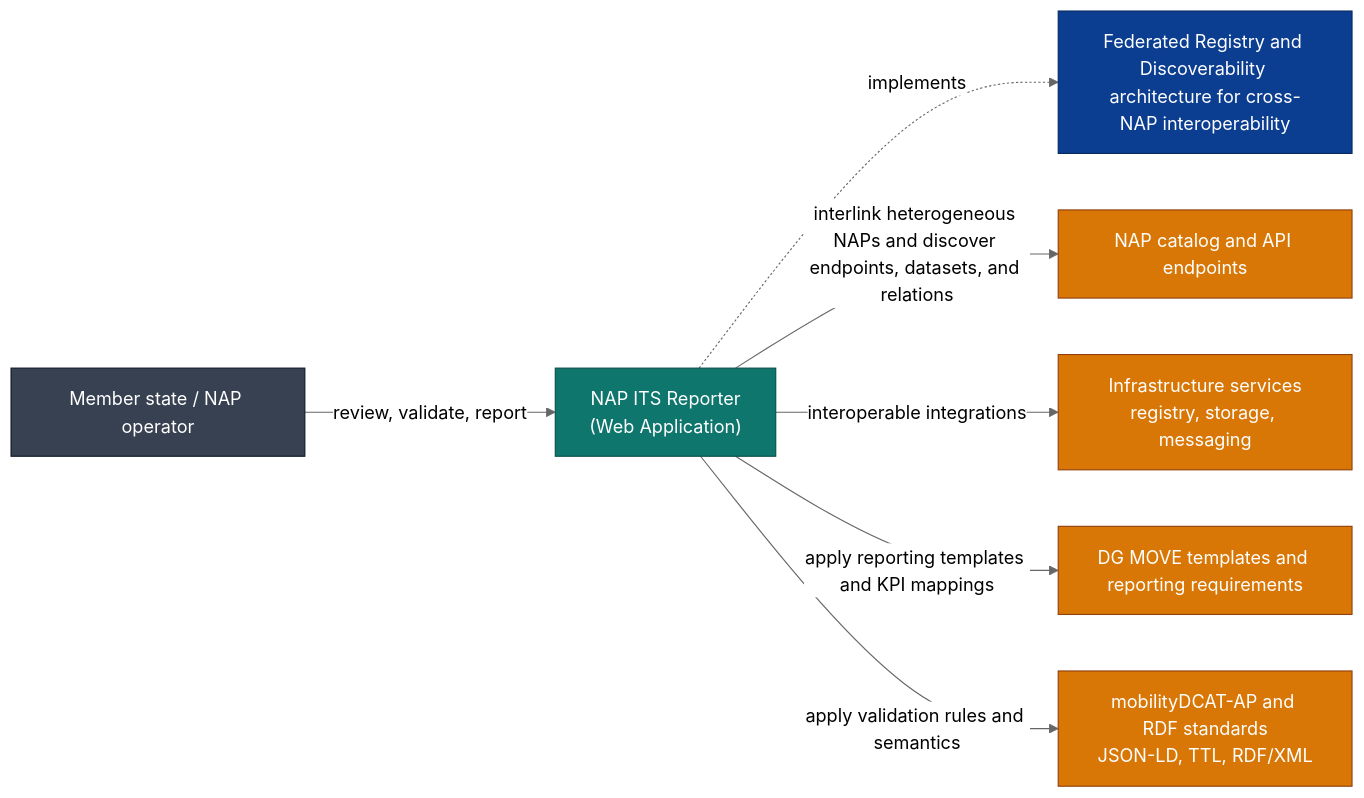
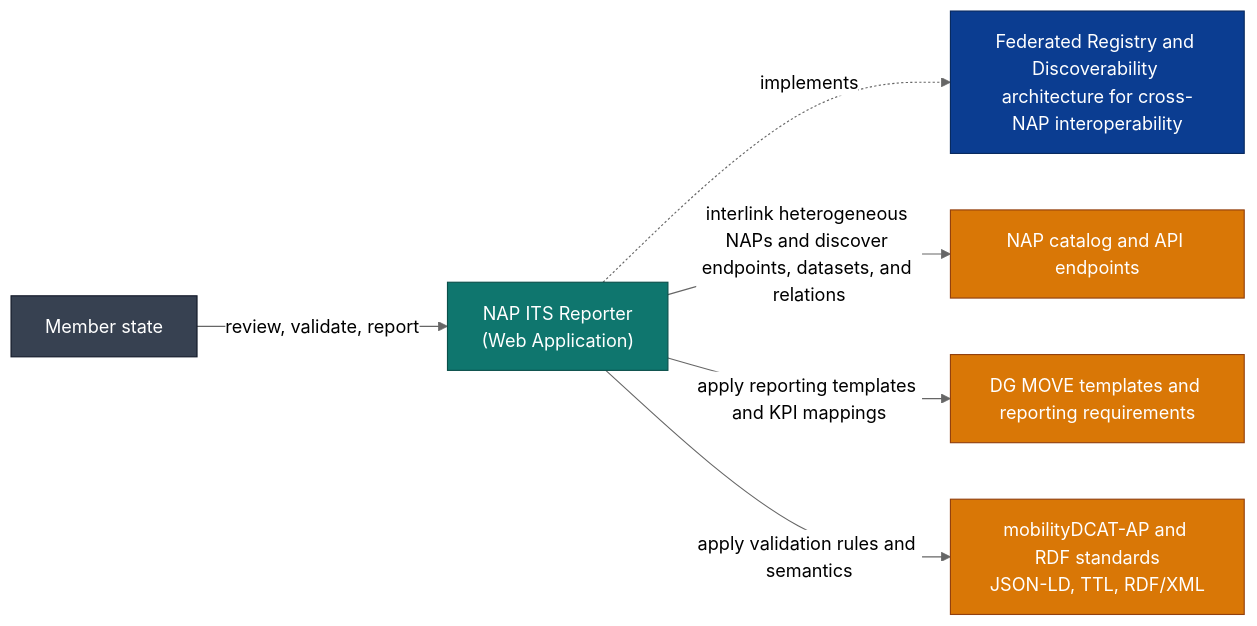
One commit to UM-KGPI/Napcore-ITS-Reporting changed the first of 6 diagrams in docs/architecture/c4-design.md. Above: the diagram before and after it, drawn with Mermaid (neutral theme). The commit also changed other lines of this file and 13 other files, not shown here.

Commit message:
docs: refine container diagrams and add DOT layouts (#1)

````diff
--- a/docs/architecture/c4-design.md
+++ b/docs/architecture/c4-design.md
@@ -17,24 +17,22 @@
 ```mermaid
 flowchart LR
     classDef system fill:#0b3d91,stroke:#08295f,color:#fff
     classDef app fill:#0f766e,stroke:#0a4f4a,color:#fff
     classDef ext fill:#d97706,stroke:#92400e,color:#fff
     classDef user fill:#374151,stroke:#111827,color:#fff
 
-    U[Member state / NAP operator]:::user
+    U[Member state]:::user
 
     APP["NAP ITS Reporter\n(Web Application)"]:::app
     PATTERN["Federated Registry and Discoverability architecture for cross-NAP interoperability"]:::system
 
     NAP[NAP catalog and API endpoints]:::ext
-    INFRA[Infrastructure services\nregistry, storage, messaging]:::ext
     DGMOVE[DG MOVE templates and reporting requirements]:::ext
     STD[mobilityDCAT-AP and RDF standards\nJSON-LD, TTL, RDF/XML]:::ext
 
     U -->|review, validate, report| APP
     APP -.implements.-> PATTERN
     APP -->|interlink heterogeneous NAPs and discover endpoints, datasets, and relations| NAP
-    APP -->|interoperable integrations| INFRA
     APP -->|apply reporting templates and KPI mappings| DGMOVE
     APP -->|apply validation rules and semantics| STD
 ```
````
